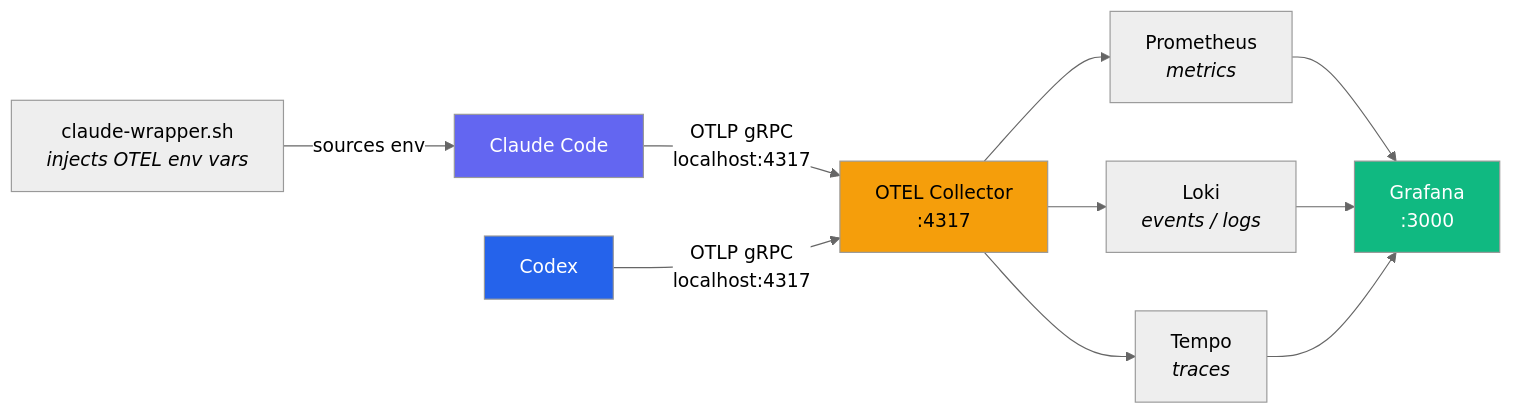
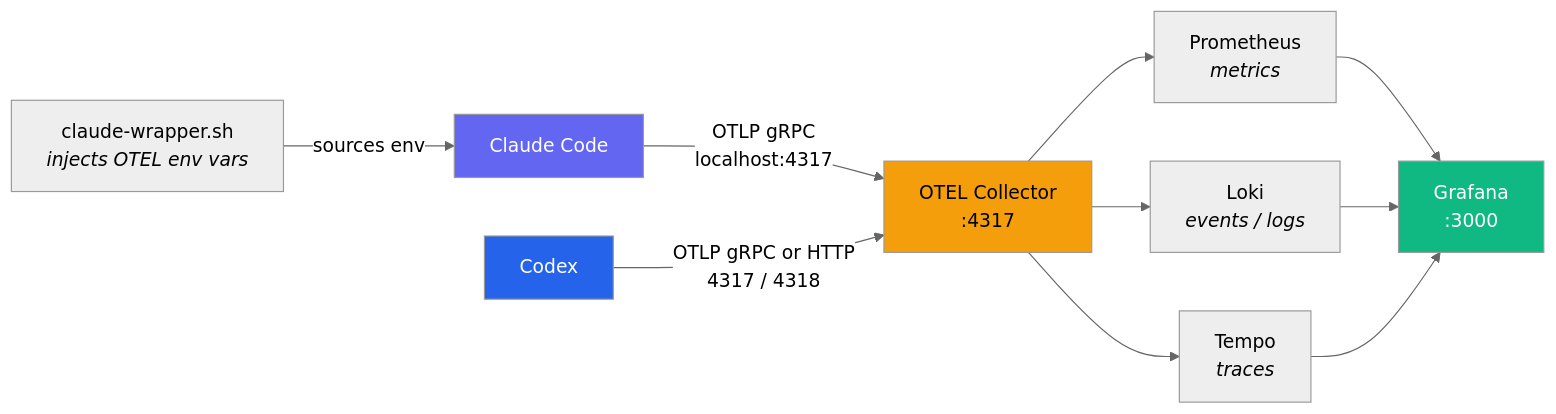
The diagram in README.md (jewzaam/claude-otel-stack), drawn with Mermaid (neutral theme) before and after one commit. The commit also changed other lines of this file and 9 other files, not shown here.

````diff
--- a/README.md
+++ b/README.md
@@ -13,26 +13,26 @@
 ```mermaid
 flowchart LR
     CC["Claude Code"]
     CX["Codex"]
     W["claude-wrapper.sh<br/><i>injects OTEL env vars</i>"]
     OC["OTEL Collector<br/>:4317"]
     P["Prometheus<br/><i>metrics</i>"]
     L["Loki<br/><i>events / logs</i>"]
     T["Tempo<br/><i>traces</i>"]
     G["Grafana<br/>:3000"]
 
     W -- sources env --> CC
     CC -- "OTLP gRPC<br/>localhost:4317" --> OC
-    CX -- "OTLP gRPC<br/>localhost:4317" --> OC
+    CX -- "OTLP gRPC or HTTP<br/>4317 / 4318" --> OC
     OC --> P
     OC --> L
     OC --> T
     P --> G
     L --> G
     T --> G
 
     style CC fill:#6366f1,color:#fff
     style CX fill:#2563eb,color:#fff
     style OC fill:#f59e0b,color:#000
     style G fill:#10b981,color:#fff
 ```
````
